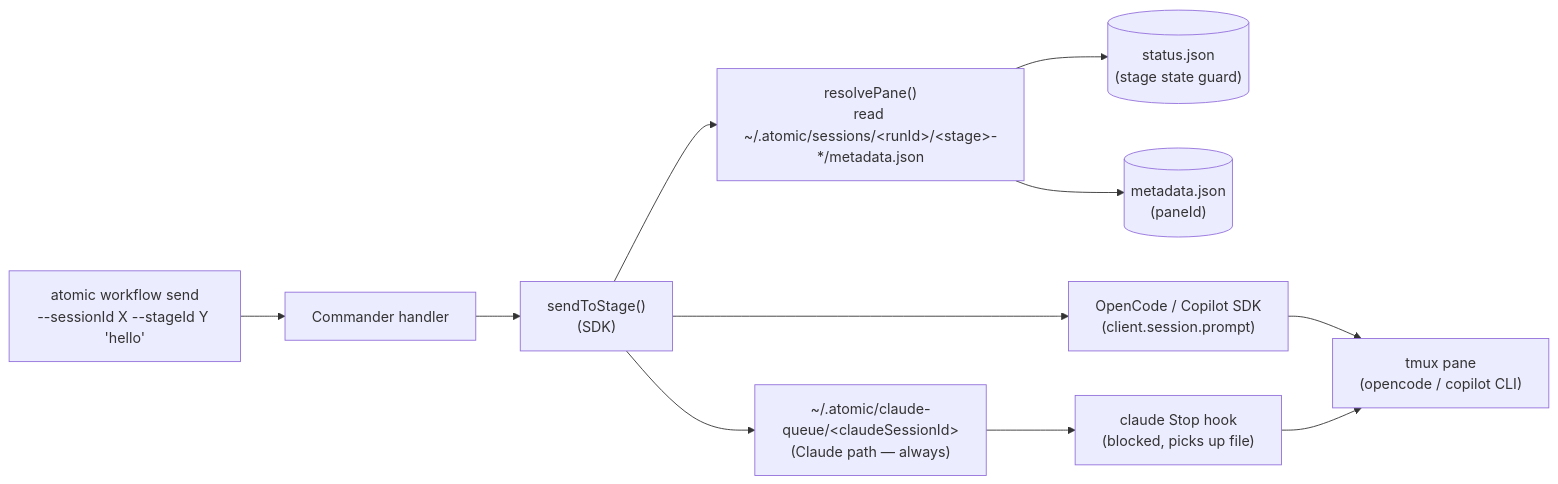
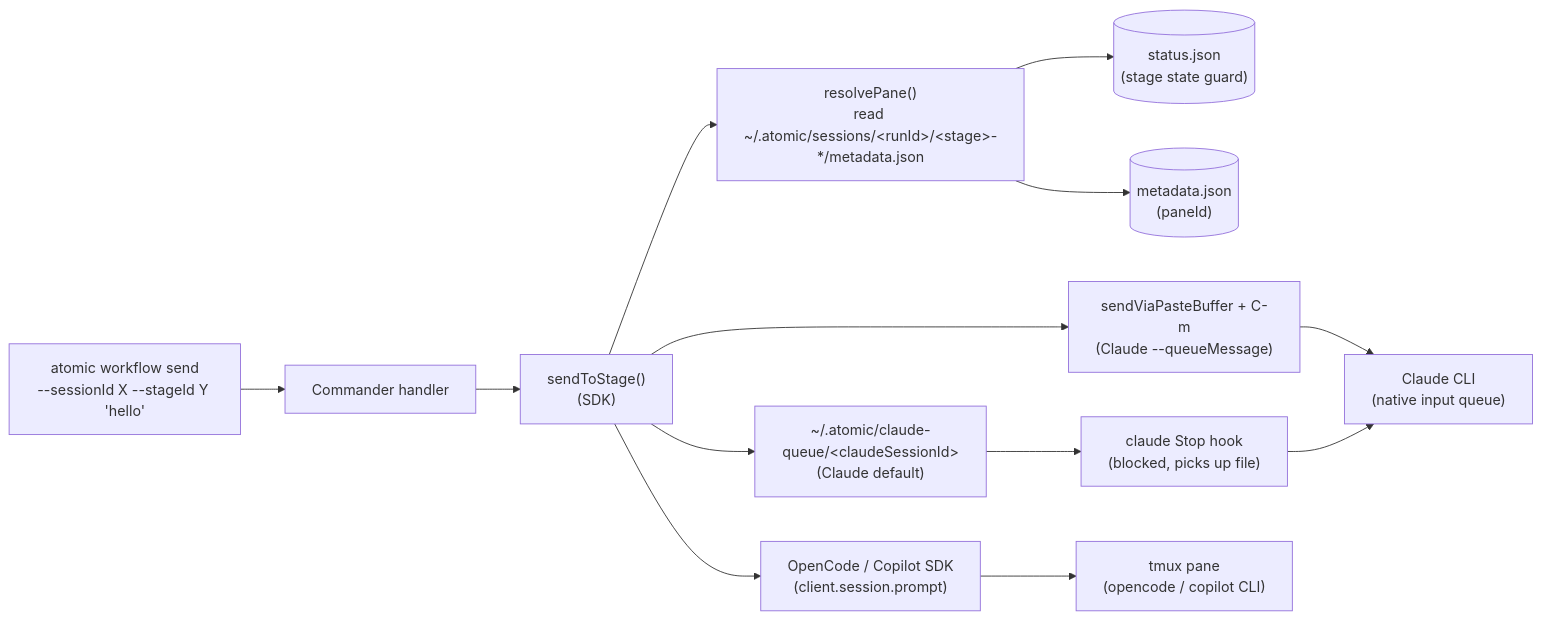
One commit to elefthei/atomic changed the diagram in specs/2026-05-07-atomic-workflow-send-command.md. Above: the diagram before and after it, drawn with Mermaid. The commit also changed other lines of this file, not shown here.

First line of the commit message:
docs(spec): --queueMessage now honored for Claude via tmux paste-buffer

````diff
--- a/specs/2026-05-07-atomic-workflow-send-command.md
+++ b/specs/2026-05-07-atomic-workflow-send-command.md
@@ -55,13 +55,15 @@
 ```mermaid
 flowchart LR
     User["atomic workflow send<br/>--sessionId X --stageId Y 'hello'"] --> CLI[Commander handler]
     CLI --> Primitive["sendToStage()<br/>(SDK)"]
     Primitive --> Resolve["resolvePane()<br/>read ~/.atomic/sessions/&lt;runId&gt;/&lt;stage&gt;-*/metadata.json"]
     Resolve --> Snapshot[("status.json<br/>(stage state guard)")]
     Resolve --> MetaFile[("metadata.json<br/>(paneId)")]
     Primitive --> ProviderSDK["OpenCode / Copilot SDK<br/>(client.session.prompt)"]
-    Primitive --> Queue["~/.atomic/claude-queue/&lt;claudeSessionId&gt;<br/>(Claude path — always)"]
+    Primitive --> Queue["~/.atomic/claude-queue/&lt;claudeSessionId&gt;<br/>(Claude default)"]
+    Primitive --> ClaudeTmux["sendViaPasteBuffer + C-m<br/>(Claude --queueMessage)"]
     Queue --> Hook["claude Stop hook<br/>(blocked, picks up file)"]
     ProviderSDK --> Pane["tmux pane<br/>(opencode / copilot CLI)"]
-    Hook --> Pane
+    ClaudeTmux --> ClaudeCLI["Claude CLI<br/>(native input queue)"]
+    Hook --> ClaudeCLI
 ```
````
